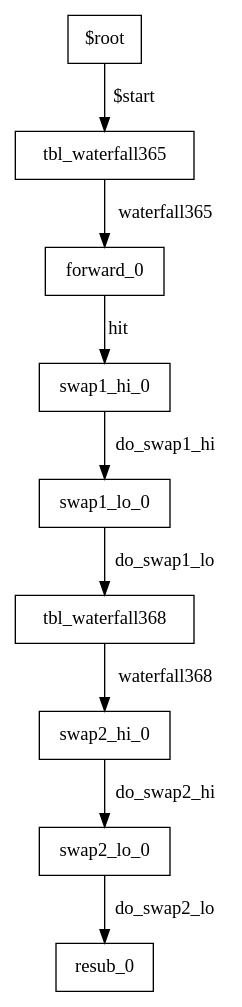
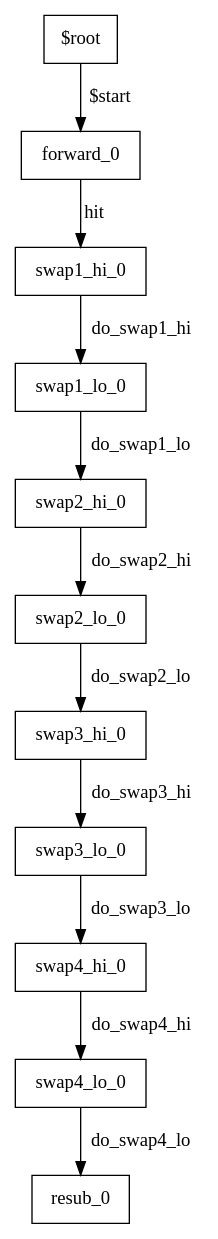
Before and after one commit to joepboumans/waterfall-table: the diagram in waterfall-fcm-srctuple/waterfall_fcm/tofino/pipe/graphs/ingress.power.dot, drawn with Graphviz. The commit also changed 37 other files, not shown here.

```diff
--- a/waterfall-fcm-srctuple/waterfall_fcm/tofino/pipe/graphs/ingress.power.dot
+++ b/waterfall-fcm-srctuple/waterfall_fcm/tofino/pipe/graphs/ingress.power.dot
@@ -1,19 +1,23 @@
 digraph ingress {
 0 [label="$root" shape=box color="black"];
-2 [label="forward_0" shape=box color="black"];
-8 [label="resub_0" shape=box color="black"];
-3 [label="swap1_hi_0" shape=box color="black"];
-4 [label="swap1_lo_0" shape=box color="black"];
-6 [label="swap2_hi_0" shape=box color="black"];
-7 [label="swap2_lo_0" shape=box color="black"];
-1 [label="tbl_waterfall365" shape=box color="black"];
-5 [label="tbl_waterfall368" shape=box color="black"];
+1 [label="forward_0" shape=box color="black"];
+10 [label="resub_0" shape=box color="black"];
+2 [label="swap1_hi_0" shape=box color="black"];
+3 [label="swap1_lo_0" shape=box color="black"];
+4 [label="swap2_hi_0" shape=box color="black"];
+5 [label="swap2_lo_0" shape=box color="black"];
+6 [label="swap3_hi_0" shape=box color="black"];
+7 [label="swap3_lo_0" shape=box color="black"];
+8 [label="swap4_hi_0" shape=box color="black"];
+9 [label="swap4_lo_0" shape=box color="black"];
 0-> 1 [label="$start" color="black"];
-2-> 3 [label="hit" color="black"];
-3-> 4 [label="do_swap1_hi" color="black"];
-4-> 5 [label="do_swap1_lo" color="black"];
-6-> 7 [label="do_swap2_hi" color="black"];
-7-> 8 [label="do_swap2_lo" color="black"];
-1-> 2 [label="waterfall365" color="black"];
-5-> 6 [label="waterfall368" color="black"];
+1-> 2 [label="hit" color="black"];
+2-> 3 [label="do_swap1_hi" color="black"];
+3-> 4 [label="do_swap1_lo" color="black"];
+4-> 5 [label="do_swap2_hi" color="black"];
+5-> 6 [label="do_swap2_lo" color="black"];
+6-> 7 [label="do_swap3_hi" color="black"];
+7-> 8 [label="do_swap3_lo" color="black"];
+8-> 9 [label="do_swap4_hi" color="black"];
+9-> 10 [label="do_swap4_lo" color="black"];
 }
```
